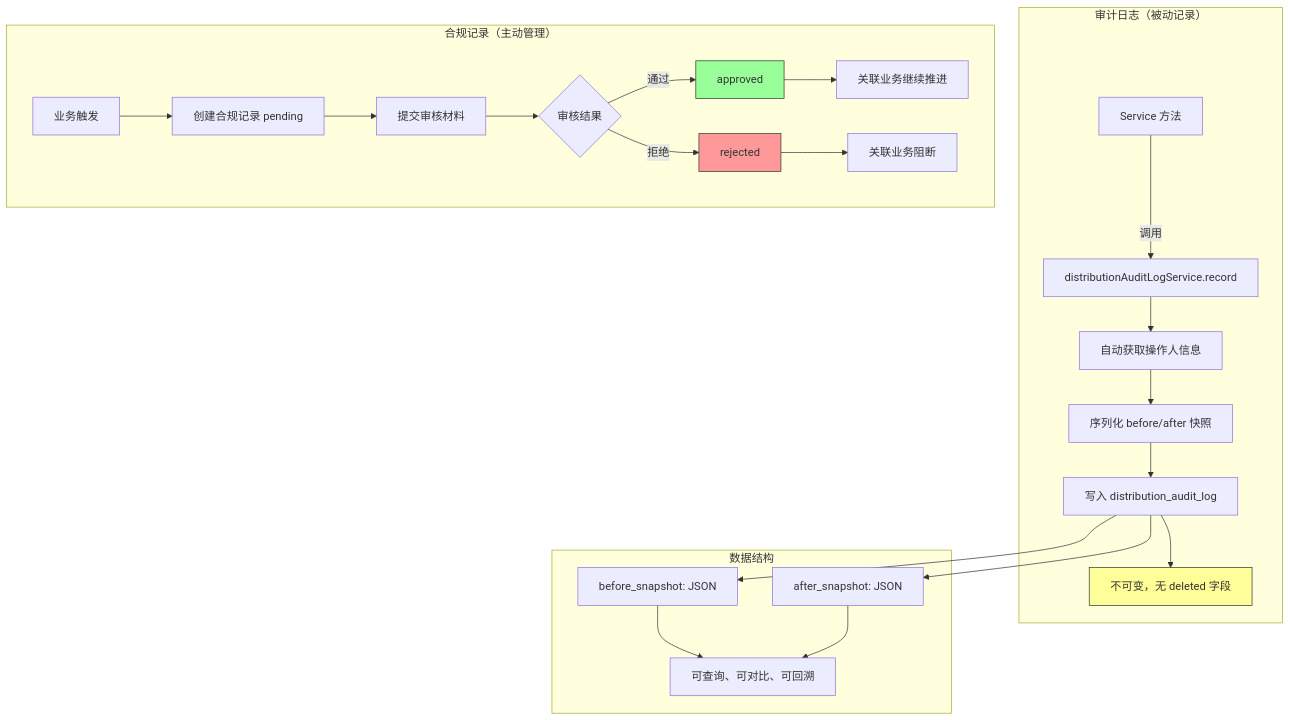
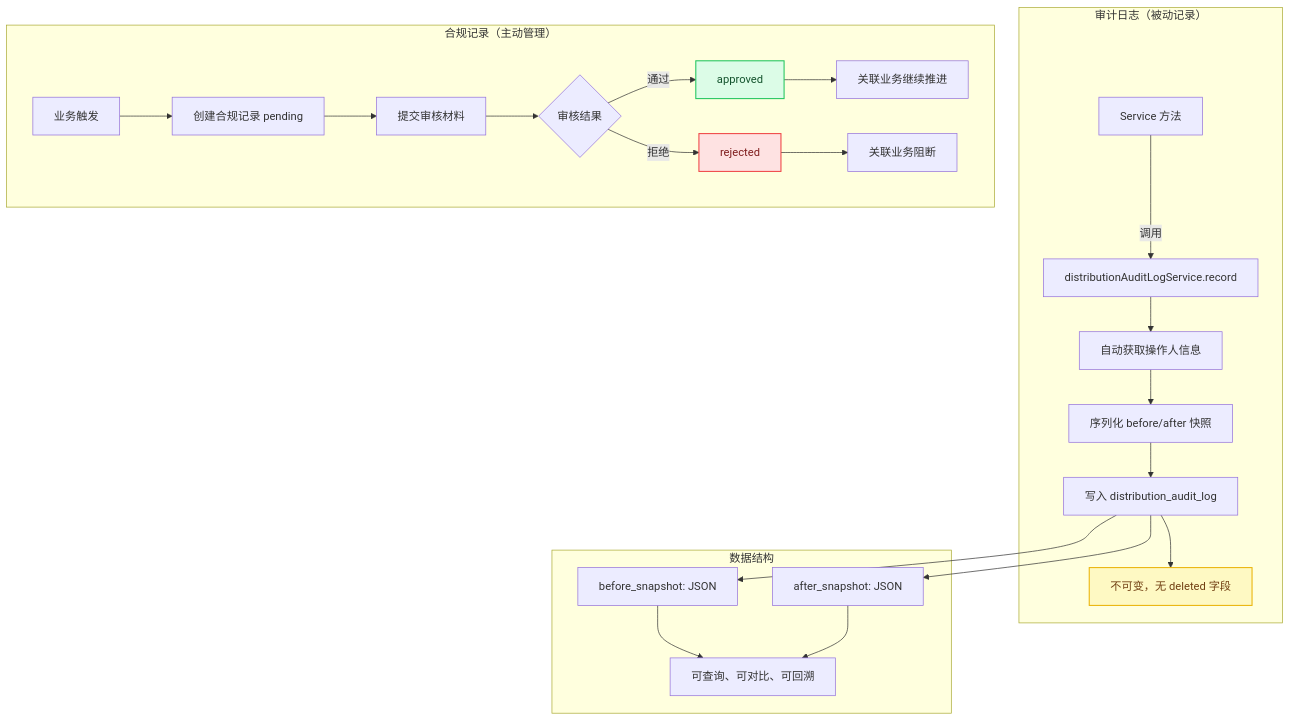
One commit to StevenTsai/distribution-architecture changed the diagram in architecture/audit-and-compliance.md. Above: the diagram before and after it, drawn with Mermaid. The commit also changed 16 other files, not shown here.

First line of the commit message:
feat(docs): render Mermaid diagrams and fix case-study 404s

````diff
--- a/architecture/audit-and-compliance.md
+++ b/architecture/audit-and-compliance.md
@@ -9,31 +9,34 @@
 ```mermaid
 flowchart TB
     subgraph 审计日志["审计日志（被动记录）"]
         A[Service 方法] -->|调用| B[distributionAuditLogService.record]
         B --> C[自动获取操作人信息]
         C --> D[序列化 before/after 快照]
         D --> E[写入 distribution_audit_log]
         E --> F[不可变，无 deleted 字段]
     end
 
     subgraph 合规记录["合规记录（主动管理）"]
         G[业务触发] --> H[创建合规记录 pending]
         H --> I[提交审核材料]
         I --> J{审核结果}
         J -->|通过| K[approved]
         J -->|拒绝| L[rejected]
         K --> M[关联业务继续推进]
         L --> N[关联业务阻断]
     end
 
     subgraph 数据结构
         E --> O["before_snapshot: JSON"]
         E --> P["after_snapshot: JSON"]
         O --> Q["可查询、可对比、可回溯"]
         P --> Q
     end
 
-    style F fill:#ff9,stroke:#333
-    style K fill:#9f9,stroke:#333
-    style L fill:#f99,stroke:#333
+    class F warning
+    class K success
+    class L danger
+    classDef success fill:#dcfce7,stroke:#22c55e,color:#14532d,stroke-width:1.5px
+    classDef warning fill:#fef9c3,stroke:#eab308,color:#713f12,stroke-width:1.5px
+    classDef danger fill:#fee2e2,stroke:#ef4444,color:#7f1d1d,stroke-width:1.5px
 ```
````
